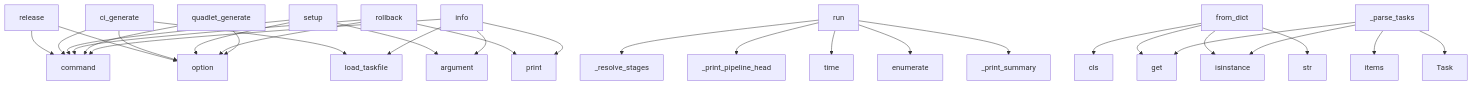
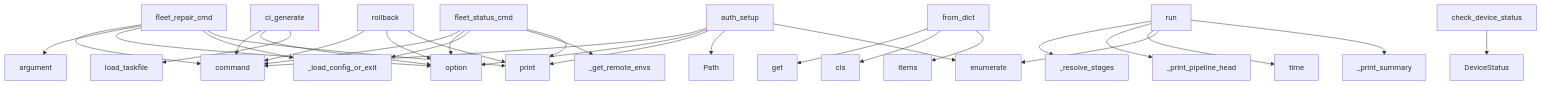
Before and after one commit to pyfunc/taskfile: the diagram in project/context.md, drawn with Mermaid. The commit also changed other lines of this file and 53 other files, not shown here.

````diff
--- a/project/context.md
+++ b/project/context.md
@@ -595,33 +632,33 @@
 ```mermaid
 graph TD
-    release --> command
-    release --> option
+    fleet_repair_cmd --> command
+    fleet_repair_cmd --> argument
+    fleet_repair_cmd --> option
+    fleet_repair_cmd --> _load_config_or_exit
+    fleet_repair_cmd --> print
+    fleet_status_cmd --> command
+    fleet_status_cmd --> option
+    fleet_status_cmd --> _load_config_or_exit
+    fleet_status_cmd --> _get_remote_envs
+    fleet_status_cmd --> print
     ci_generate --> command
     ci_generate --> option
     ci_generate --> load_taskfile
-    setup --> command
-    setup --> argument
-    setup --> option
+    from_dict --> get
+    from_dict --> cls
+    from_dict --> items
+    auth_setup --> command
+    auth_setup --> option
+    auth_setup --> print
+    auth_setup --> Path
+    auth_setup --> enumerate
     rollback --> command
     rollback --> option
     rollback --> print
     run --> _resolve_stages
     run --> _print_pipeline_head
     run --> time
     run --> enumerate
     run --> _print_summary
-    from_dict --> cls
-    from_dict --> get
-    from_dict --> isinstance
-    from_dict --> str
-    quadlet_generate --> command
-    quadlet_generate --> option
-    _parse_tasks --> items
-    _parse_tasks --> isinstance
-    _parse_tasks --> get
-    _parse_tasks --> Task
-    info --> command
-    info --> argument
-    info --> load_taskfile
-    info --> print
+    check_device_status --> DeviceStatus
 ```
````
